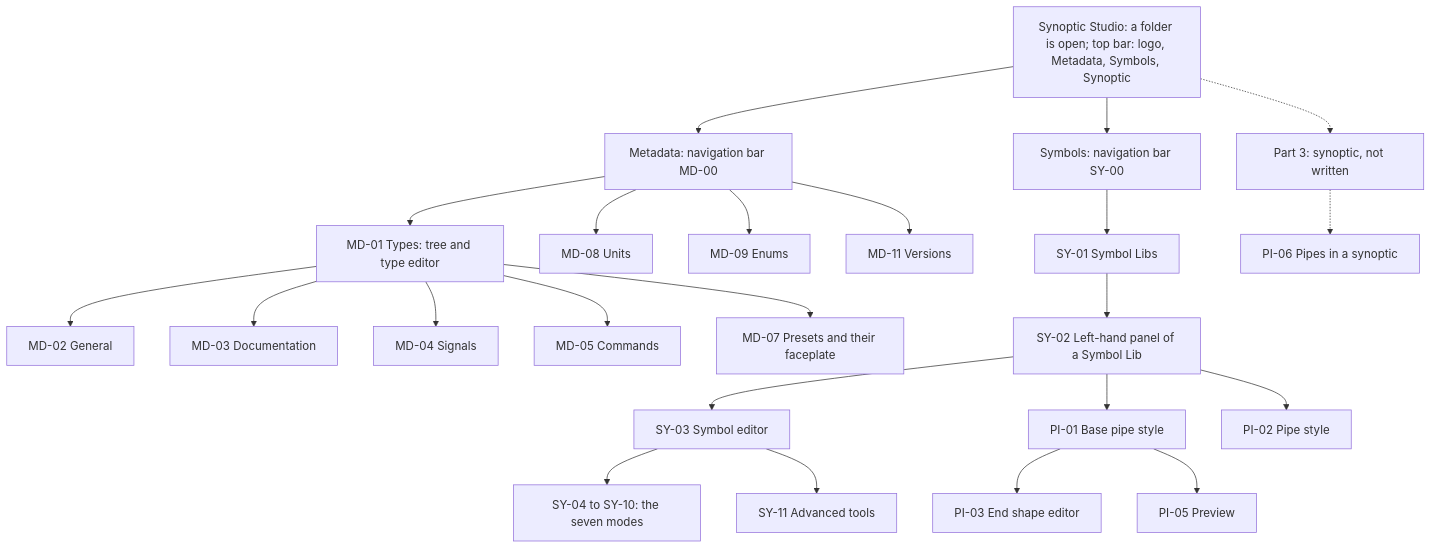
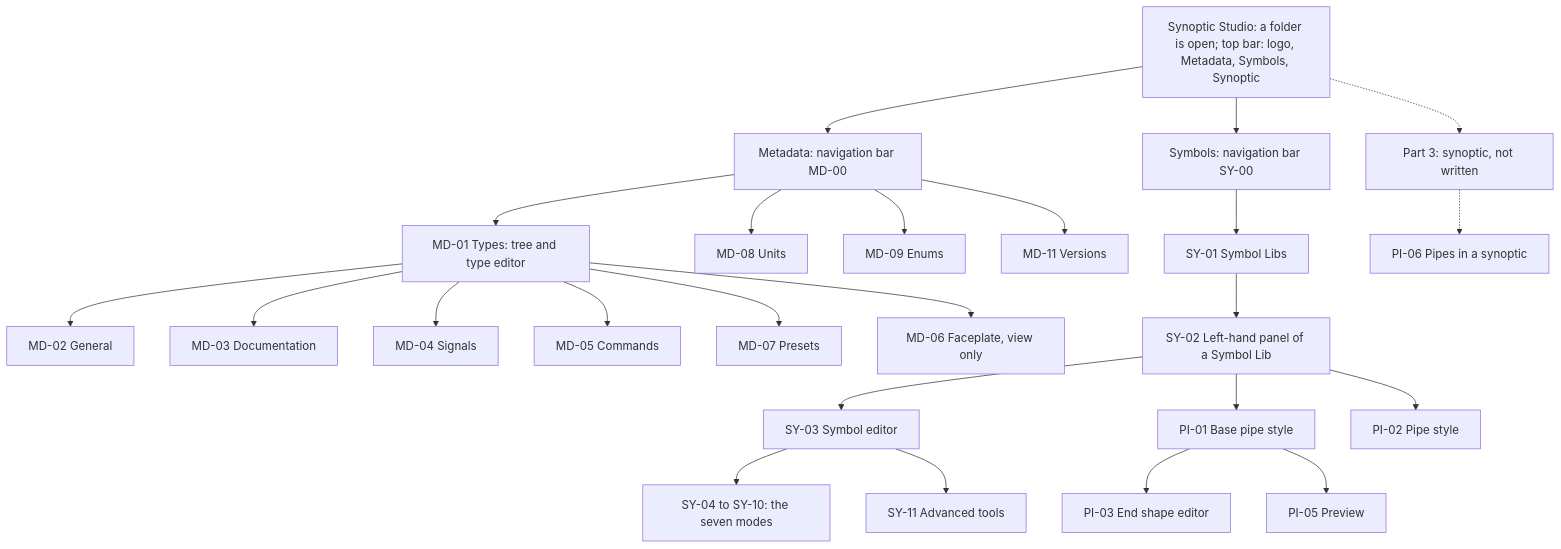
One commit to AlexandreGallais/synoptic-studio-spec changed the fifth of 5 diagrams in screens/README.md. Above: the diagram before and after it, drawn with Mermaid. The commit also changed 5 other files, not shown here.

First line of the commit message:
docs(metadata): list parts above the tree and add a faceplate view

````diff
--- a/screens/README.md
+++ b/screens/README.md
@@ -143,27 +143,28 @@
 ```mermaid
 flowchart TD
     APP["Synoptic Studio: a folder is open; top bar: logo, Metadata, Symbols, Synoptic"] --> MD["Metadata: navigation bar MD-00"]
     APP --> SY["Symbols: navigation bar SY-00"]
     APP -.-> P3["Part 3: synoptic, not written"]
 
     MD --> MD01["MD-01 Types: tree and type editor"]
     MD01 --> MD02["MD-02 General"]
     MD01 --> MD03["MD-03 Documentation"]
     MD01 --> MD04["MD-04 Signals"]
     MD01 --> MD05["MD-05 Commands"]
-    MD01 --> MD07["MD-07 Presets and their faceplate"]
+    MD01 --> MD07["MD-07 Presets"]
+    MD01 --> MD06["MD-06 Faceplate, view only"]
     MD --> MD08["MD-08 Units"]
     MD --> MD09["MD-09 Enums"]
     MD --> MD11["MD-11 Versions"]
 
     SY --> SY01["SY-01 Symbol Libs"]
     SY01 --> SY02["SY-02 Left-hand panel of a Symbol Lib"]
     SY02 --> SY03["SY-03 Symbol editor"]
     SY03 --> SY04["SY-04 to SY-10: the seven modes"]
     SY03 --> SY11["SY-11 Advanced tools"]
     SY02 --> PI01["PI-01 Base pipe style"]
     SY02 --> PI02["PI-02 Pipe style"]
     PI01 --> PI03["PI-03 End shape editor"]
     PI01 --> PI05["PI-05 Preview"]
     P3 -.-> PI06["PI-06 Pipes in a synoptic"]
 ```
````
